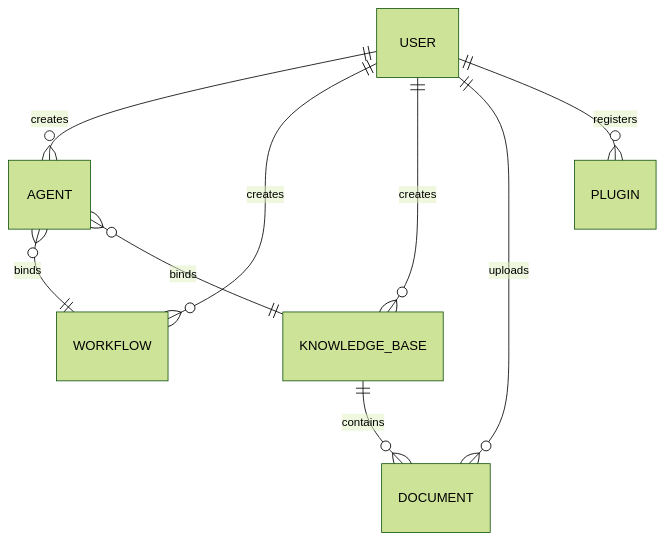
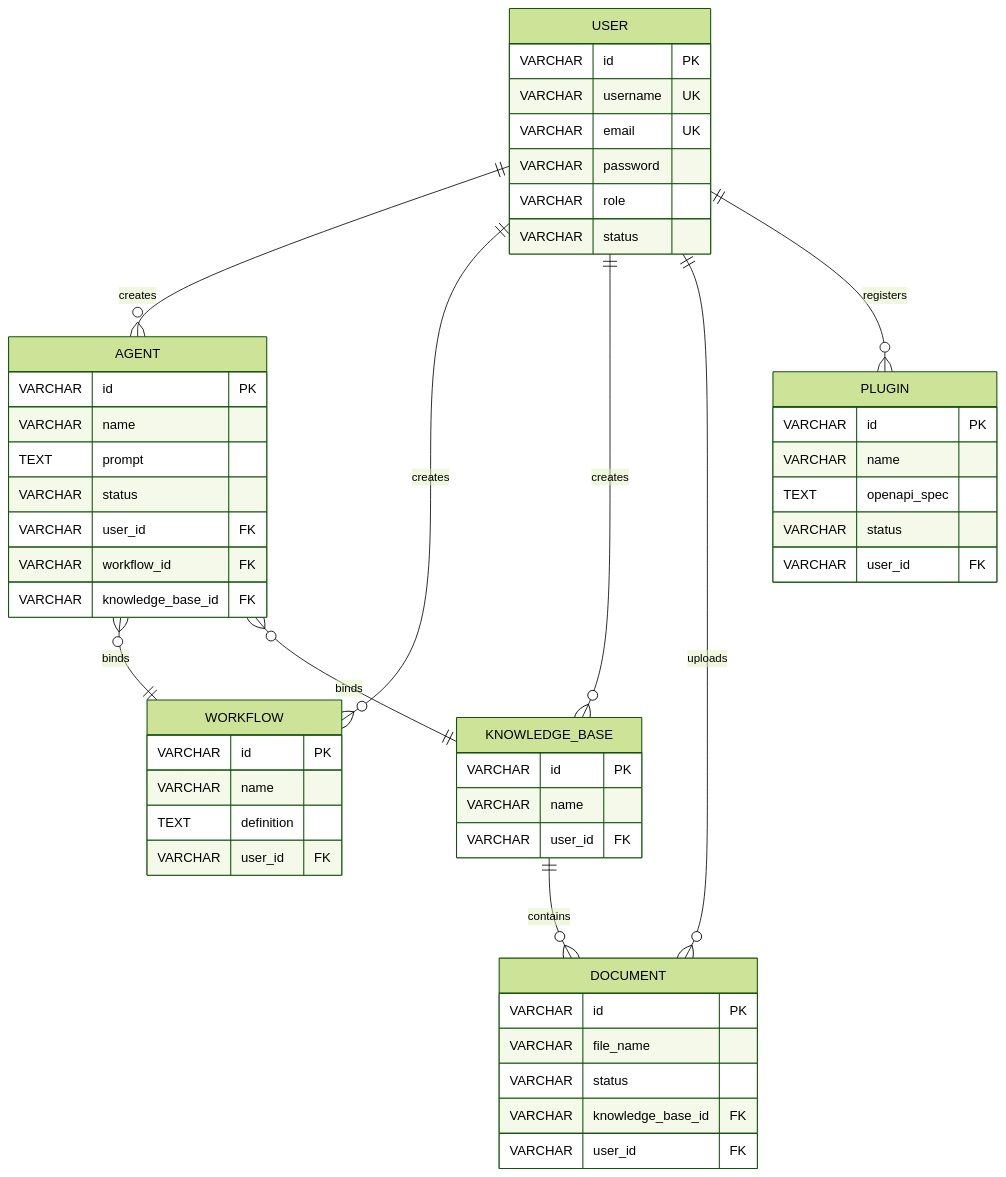
The diagram in docs/database.md (AquaArthur/ai-agent-platform), drawn with Mermaid (forest theme) before and after one commit. The commit also changed other lines of this file, not shown here.

````diff
--- a/docs/database.md
+++ b/docs/database.md
@@ -129,11 +162,54 @@
 ```mermaid
 erDiagram
+    USER {
+        VARCHAR id PK
+        VARCHAR username UK
+        VARCHAR email UK
+        VARCHAR password
+        VARCHAR role
+        VARCHAR status
+    }
+    AGENT {
+        VARCHAR id PK
+        VARCHAR name
+        TEXT prompt
+        VARCHAR status
+        VARCHAR user_id FK
+        VARCHAR workflow_id FK
+        VARCHAR knowledge_base_id FK
+    }
+    WORKFLOW {
+        VARCHAR id PK
+        VARCHAR name
+        TEXT definition
+        VARCHAR user_id FK
+    }
+    KNOWLEDGE_BASE {
+        VARCHAR id PK
+        VARCHAR name
+        VARCHAR user_id FK
+    }
+    DOCUMENT {
+        VARCHAR id PK
+        VARCHAR file_name
+        VARCHAR status
+        VARCHAR knowledge_base_id FK
+        VARCHAR user_id FK
+    }
+    PLUGIN {
+        VARCHAR id PK
+        VARCHAR name
+        TEXT openapi_spec
+        VARCHAR status
+        VARCHAR user_id FK
+    }
+    
     USER ||--o{ AGENT : "creates"
     USER ||--o{ WORKFLOW : "creates"
     USER ||--o{ KNOWLEDGE_BASE : "creates"
     USER ||--o{ DOCUMENT : "uploads"
     USER ||--o{ PLUGIN : "registers"
     AGENT }o--|| WORKFLOW : "binds"
     AGENT }o--|| KNOWLEDGE_BASE : "binds"
     KNOWLEDGE_BASE ||--o{ DOCUMENT : "contains"
 ```
````
